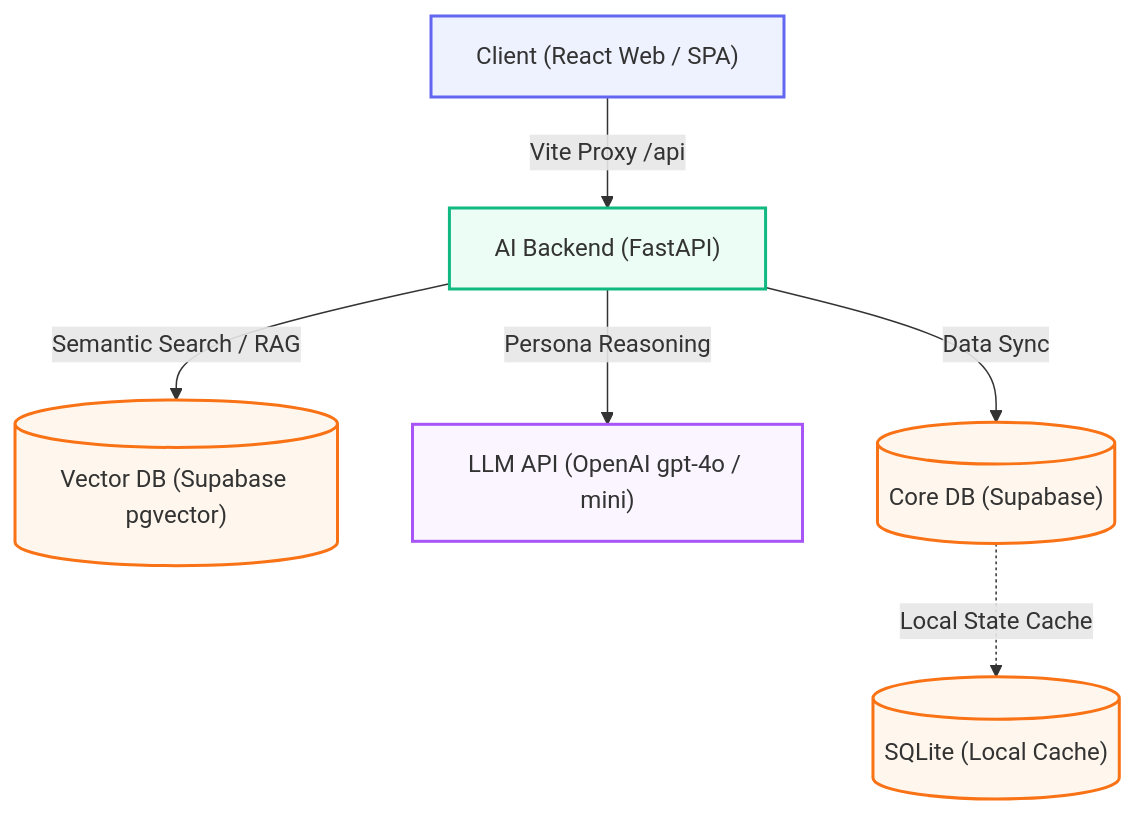
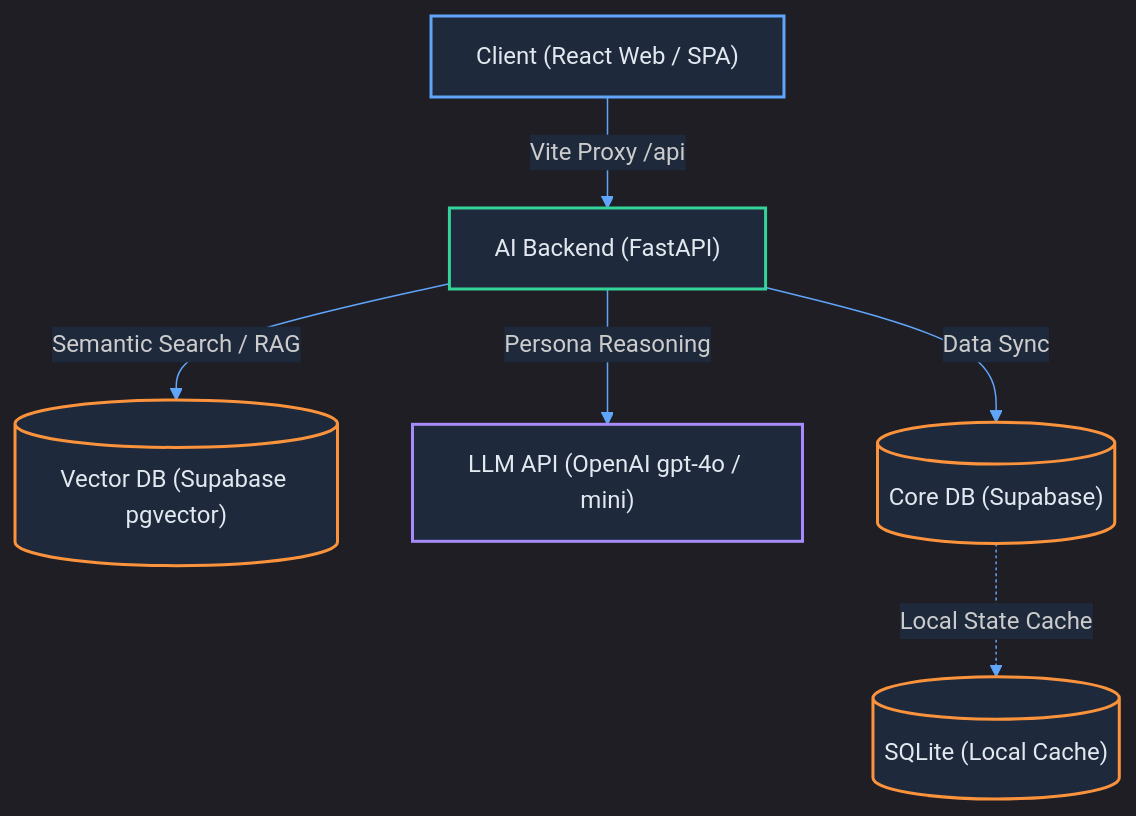
Before and after one commit to choichanwoo001/Sancheck: the second of 2 diagrams in README.md, drawn with Mermaid. The commit also changed other lines of this file, not shown here.

Commit message:
docs: apply dark navy theme to mermaid diagrams

````diff
--- a/README.md
+++ b/README.md
@@ -68,26 +69,27 @@
 ```mermaid
+%%{init: {'theme': 'dark', 'themeVariables': {'primaryColor': '#1e293b', 'primaryTextColor': '#e2e8f0', 'primaryBorderColor': '#334155', 'lineColor': '#60a5fa', 'secondaryColor': '#0f172a', 'tertiaryColor': '#0f172a', 'edgeLabelBackground': '#1e293b'}}}%%
 flowchart TD
-    Client["Client (React Web / SPA)"] 
+    Client["Client (React Web / SPA)"]
     Backend["AI Backend (FastAPI)"]
     VectorDB[("Vector DB (Supabase pgvector)")]
     LLM["LLM API (OpenAI gpt-4o / mini)"]
     CoreDB[("Core DB (Supabase)")]
     LocalDB[("SQLite (Local Cache)")]
 
     Client -->|Vite Proxy /api| Backend
     Backend -->|Semantic Search / RAG| VectorDB
     Backend -->|Persona Reasoning| LLM
     Backend -->|Data Sync| CoreDB
     CoreDB -.->|Local State Cache| LocalDB
 
-    %% 테마 스타일링
-    classDef clientStyle fill:#eef2ff,stroke:#6366f1,stroke-width:2px;
-    classDef backendStyle fill:#ecfdf5,stroke:#10b981,stroke-width:2px;
-    classDef dbStyle fill:#fff7ed,stroke:#f97316,stroke-width:2px;
-    classDef aiStyle fill:#faf5ff,stroke:#a855f7,stroke-width:2px;
-    
+    %% 다크 네이비 테마 스타일링
+    classDef clientStyle fill:#1e293b,stroke:#60a5fa,stroke-width:2px,color:#e2e8f0;
+    classDef backendStyle fill:#1e293b,stroke:#34d399,stroke-width:2px,color:#e2e8f0;
+    classDef dbStyle fill:#1e293b,stroke:#fb923c,stroke-width:2px,color:#e2e8f0;
+    classDef aiStyle fill:#1e293b,stroke:#a78bfa,stroke-width:2px,color:#e2e8f0;
+
     class Client clientStyle;
     class Backend backendStyle;
     class VectorDB,CoreDB,LocalDB dbStyle;
     class LLM aiStyle;
 ```
````
